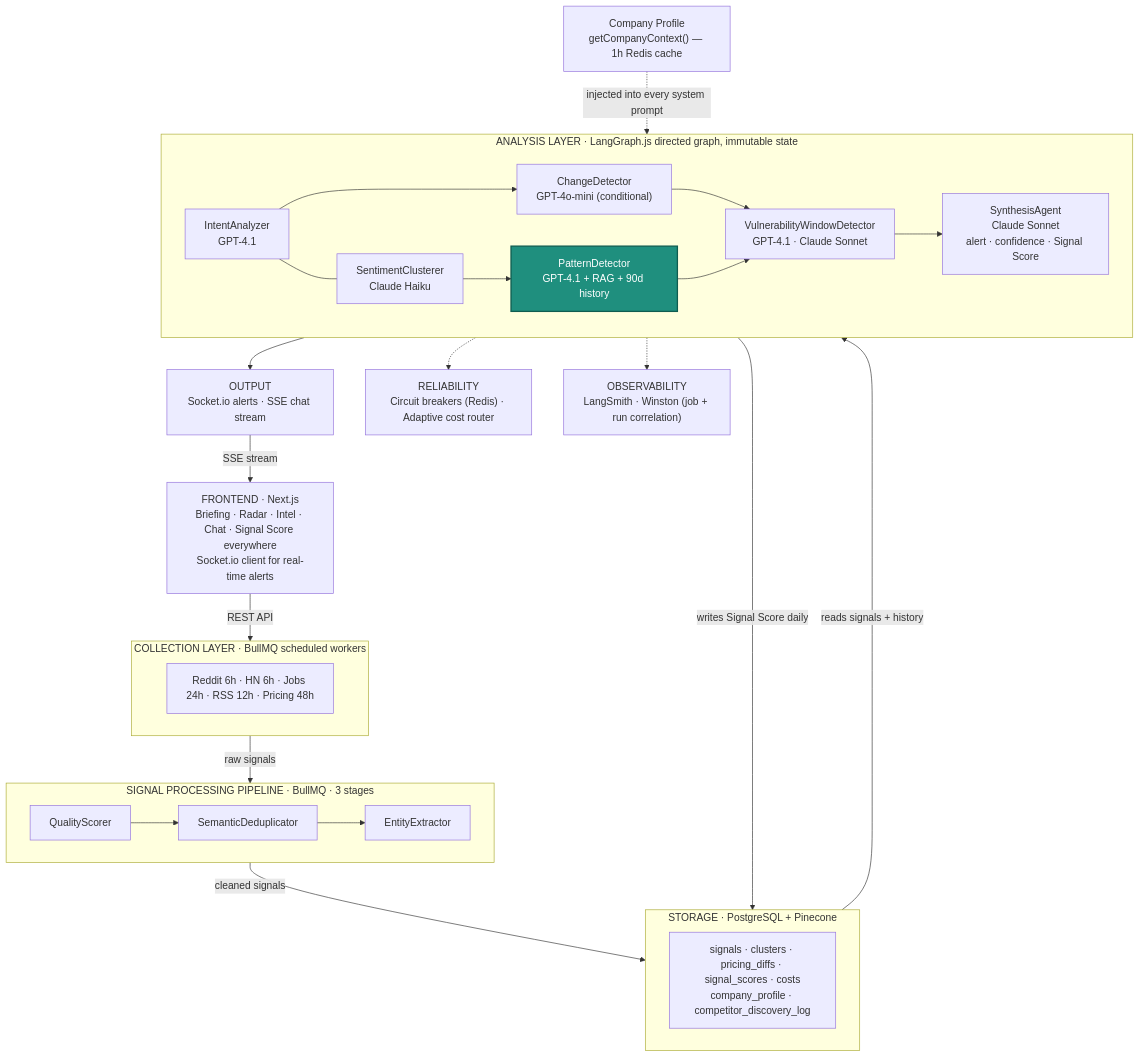
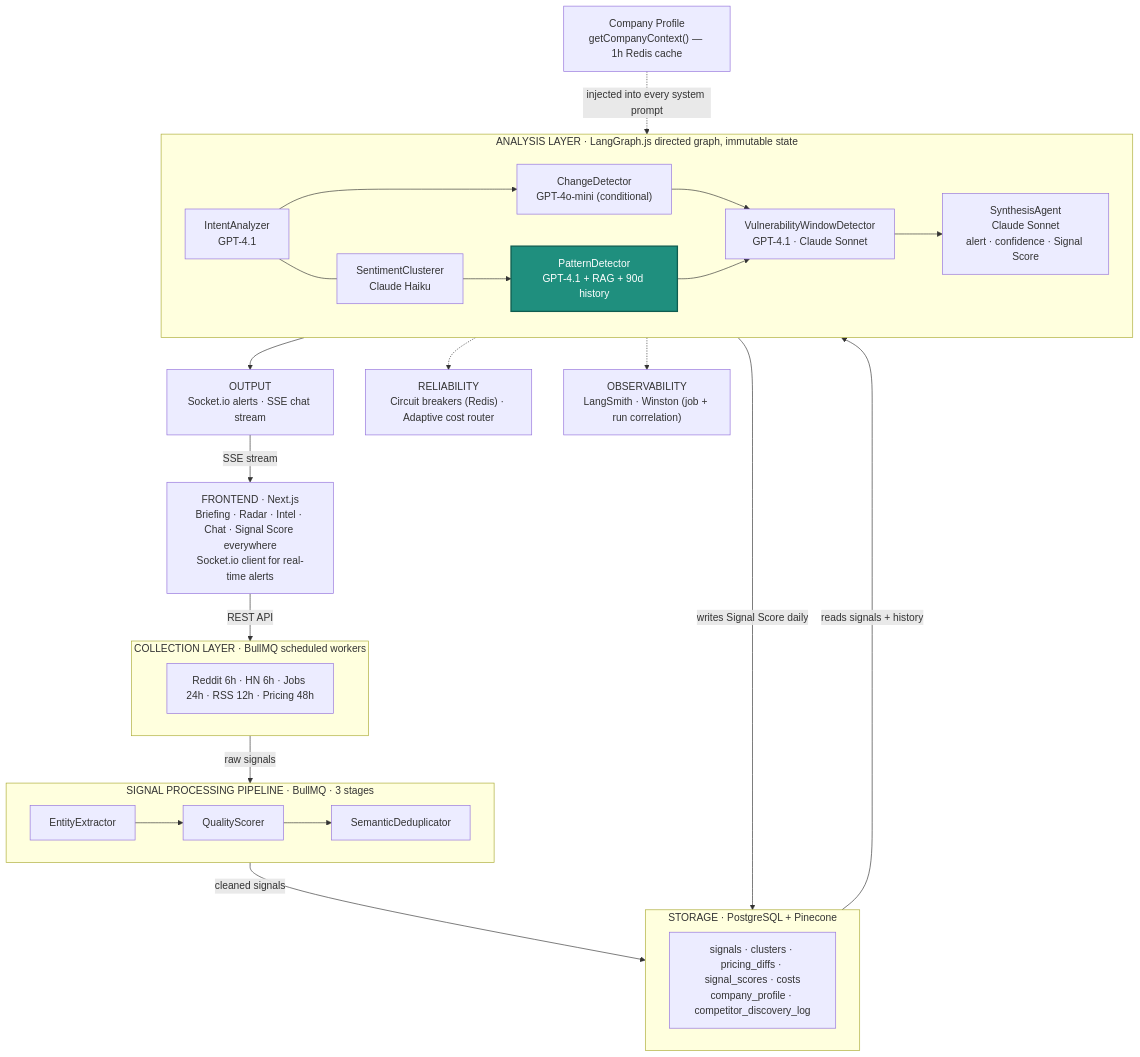
Before and after one commit to niloy-saha-123/Signal: the first of 2 diagrams in README.md, drawn with Mermaid. The commit also changed other lines of this file and 13 other files, not shown here.

````diff
--- a/README.md
+++ b/README.md
@@ -71,51 +71,51 @@
 ```mermaid
 graph TB
     FE["FRONTEND · Next.js<br/>Briefing · Radar · Intel · Chat · Signal Score everywhere<br/>Socket.io client for real-time alerts"]
 
     subgraph Collection["COLLECTION LAYER · BullMQ scheduled workers"]
         COL["Reddit 6h · HN 6h · Jobs 24h · RSS 12h · Pricing 48h"]
     end
 
     subgraph Pipeline["SIGNAL PROCESSING PIPELINE · BullMQ · 3 stages"]
-        QS[QualityScorer] --> SD[SemanticDeduplicator] --> EE[EntityExtractor]
+        EE[EntityExtractor] --> QS[QualityScorer] --> SD[SemanticDeduplicator]
     end
 
     subgraph Storage["STORAGE · PostgreSQL + Pinecone"]
         ST["signals · clusters · pricing_diffs · signal_scores · costs<br/>company_profile · competitor_discovery_log"]
     end
 
     COMPANY["Company Profile<br/>getCompanyContext() — 1h Redis cache"]
 
     subgraph Analysis["ANALYSIS LAYER · LangGraph.js directed graph, immutable state"]
         IA["IntentAnalyzer<br/>GPT-4.1"]
         SC["SentimentClusterer<br/>Claude Haiku"]
         CD["ChangeDetector<br/>GPT-4o-mini (conditional)"]
         PD["PatternDetector<br/>GPT-4.1 + RAG + 90d history"]
         VW["VulnerabilityWindowDetector<br/>GPT-4.1 · Claude Sonnet"]
         SY["SynthesisAgent<br/>Claude Sonnet<br/>alert · confidence · Signal Score"]
 
         IA --- SC
         IA --> CD
         SC --> PD
         CD --> VW
         PD --> VW
         VW --> SY
     end
 
     OUT["OUTPUT<br/>Socket.io alerts · SSE chat stream"]
     REL["RELIABILITY<br/>Circuit breakers (Redis) · Adaptive cost router"]
     OBS["OBSERVABILITY<br/>LangSmith · Winston (job + run correlation)"]
 
     FE -->|REST API| Collection
     OUT -->|SSE stream| FE
     Collection -->|raw signals| Pipeline
     Pipeline -->|cleaned signals| Storage
     Storage -->|reads signals + history| Analysis
     Analysis -->|writes Signal Score daily| Storage
     Analysis --> OUT
     Analysis -.-> REL
     Analysis -.-> OBS
     COMPANY -.->|injected into every system prompt| Analysis
 
     style PD fill:#1f8f7e,stroke:#0f5c50,stroke-width:2px,color:#fff
 ```
````
